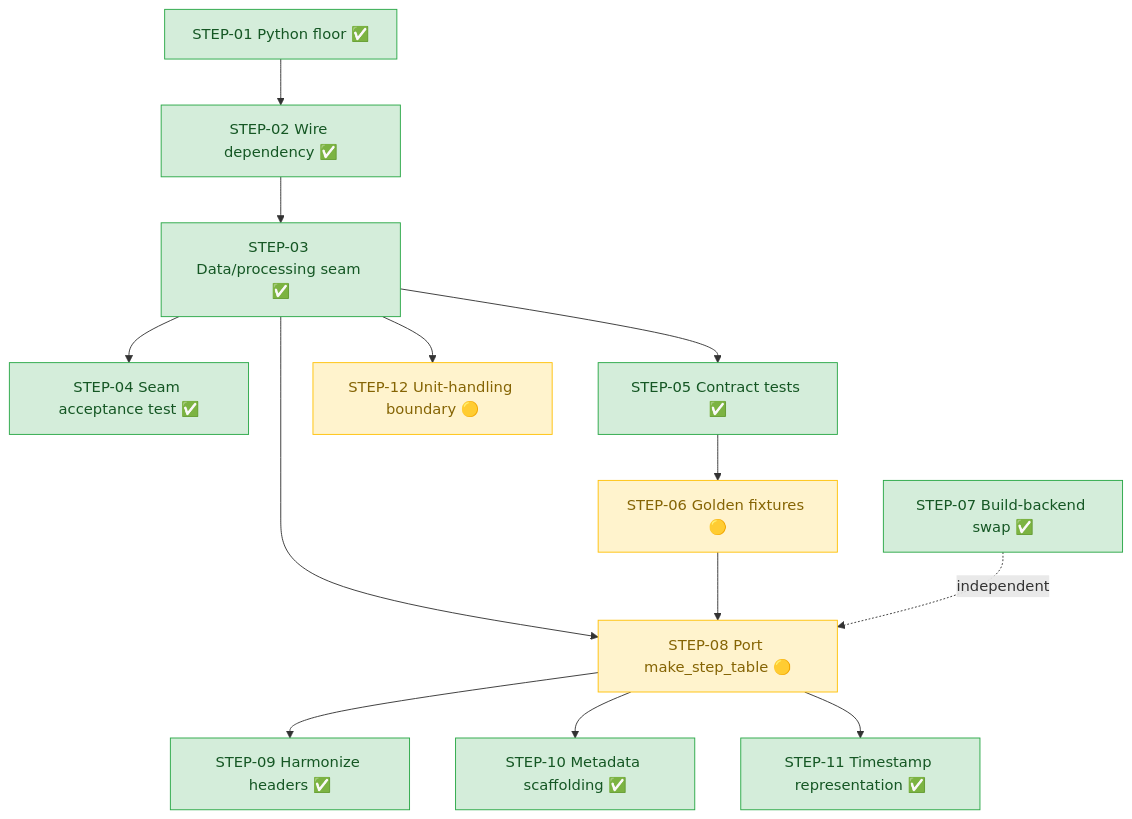
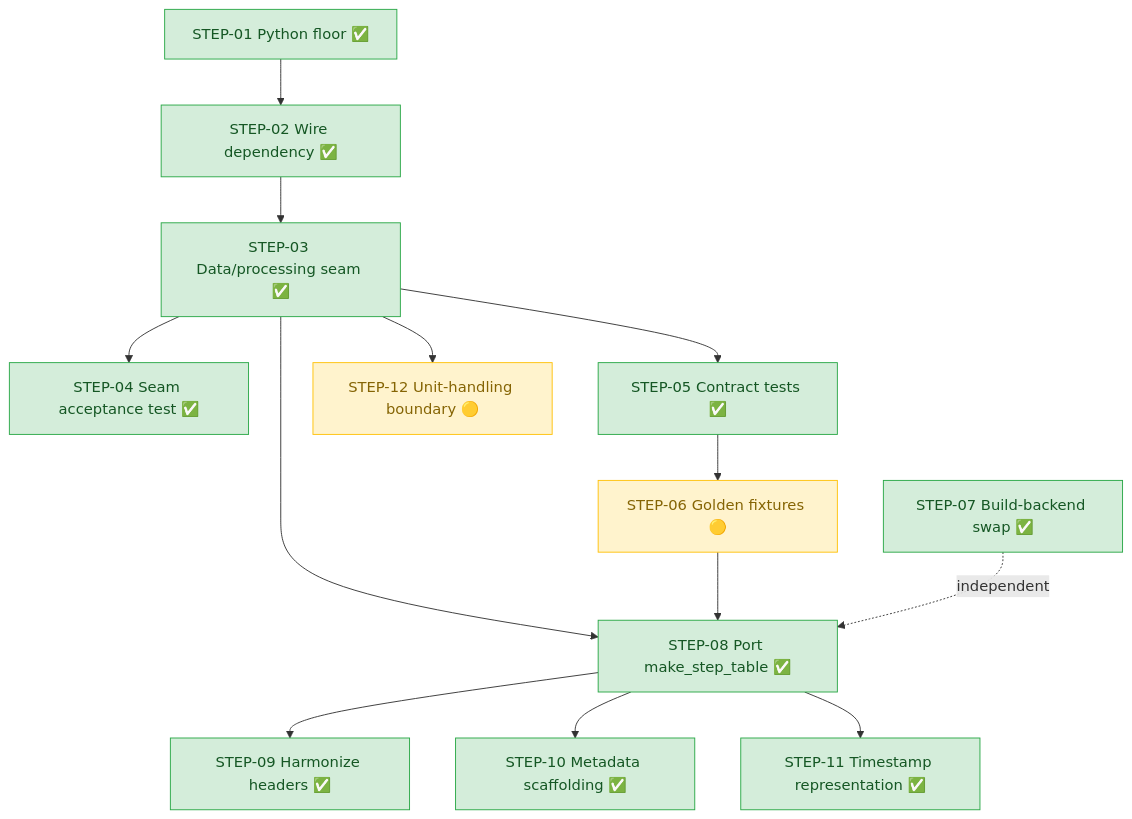
The diagram in .issueflows/04-designs-and-guides/cellpy-core-integration-roadmap.md (cellpy/cellpy-core), drawn with Mermaid before and after one commit. The commit also changed other lines of this file, not shown here.

Commit message:
update roadmap

````diff
--- a/.issueflows/04-designs-and-guides/cellpy-core-integration-roadmap.md
+++ b/.issueflows/04-designs-and-guides/cellpy-core-integration-roadmap.md
@@ -305,21 +307,21 @@
 ```mermaid
 flowchart TD
     S01["STEP-01 Python floor ✅"] --> S02["STEP-02 Wire dependency ✅"]
     S02 --> S03["STEP-03 Data/processing seam ✅"]
     S03 --> S04["STEP-04 Seam acceptance test ✅"]
     S03 --> S05["STEP-05 Contract tests ✅"]
     S05 --> S06["STEP-06 Golden fixtures 🟡"]
-    S03 --> S08["STEP-08 Port make_step_table 🟡"]
+    S03 --> S08["STEP-08 Port make_step_table ✅"]
     S06 --> S08
     S08 --> S09["STEP-09 Harmonize headers ✅"]
     S08 --> S10["STEP-10 Metadata scaffolding ✅"]
     S08 --> S11["STEP-11 Timestamp representation ✅"]
     S03 --> S12["STEP-12 Unit-handling boundary 🟡"]
     S07["STEP-07 Build-backend swap ✅"] -.independent.-> S08
 
     classDef done fill:#d4edda,stroke:#28a745,color:#155724;
     classDef partly fill:#fff3cd,stroke:#ffc107,color:#856404;
     classDef todo fill:#f8d7da,stroke:#dc3545,color:#721c24;
-    class S01,S02,S03,S04,S05,S07,S09,S10,S11 done;
-    class S06,S08,S12 partly;
+    class S01,S02,S03,S04,S05,S07,S08,S09,S10,S11 done;
+    class S06,S12 partly;
 ```
````
